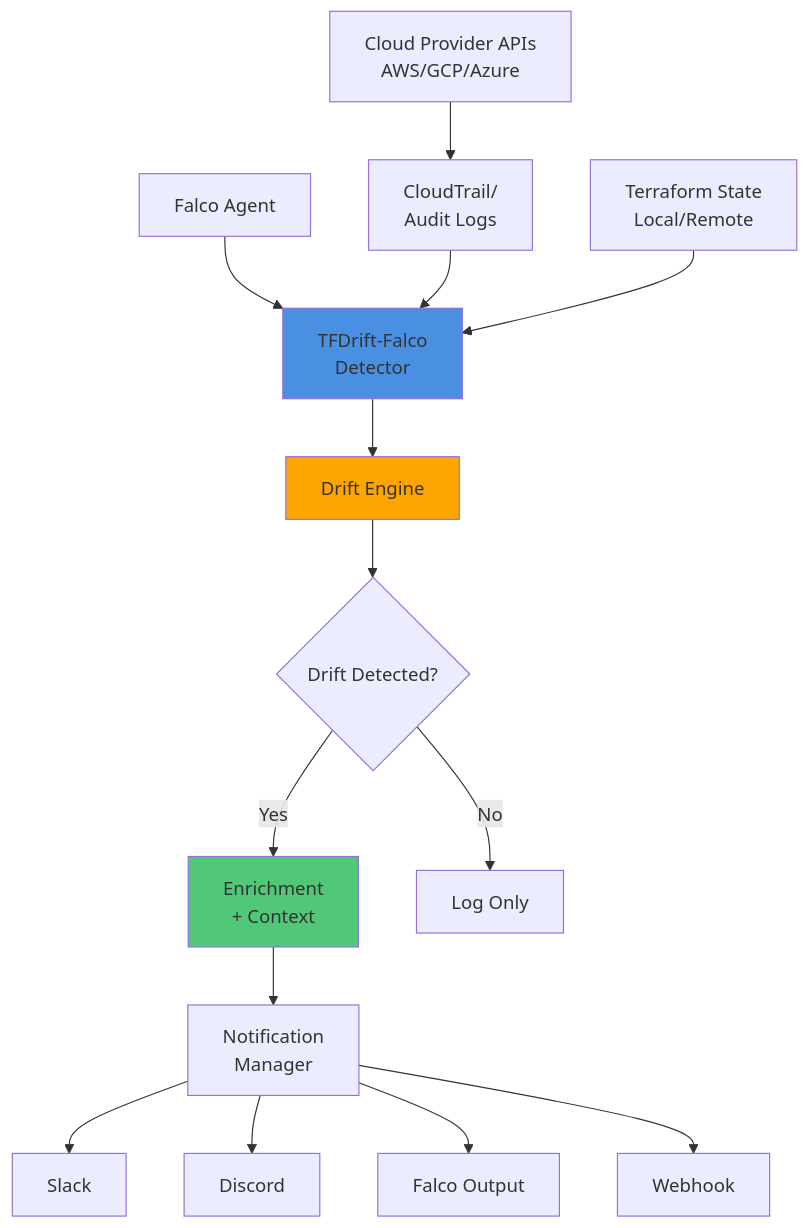
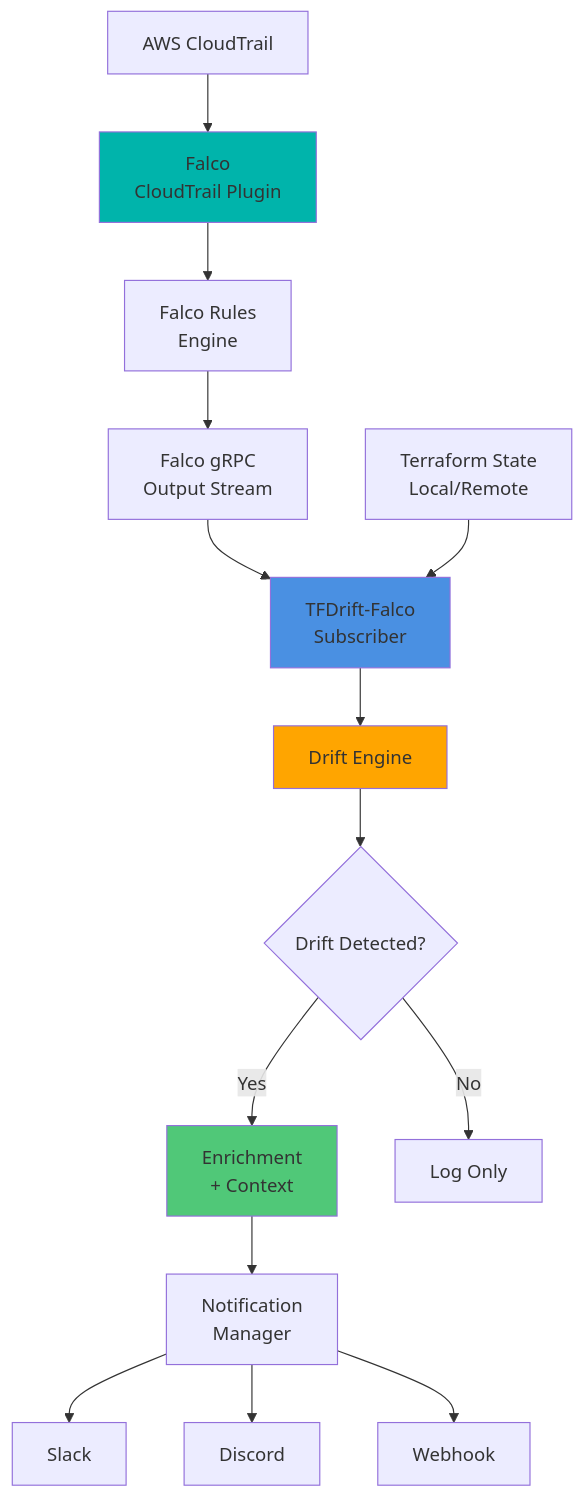
Before and after one commit to higakikeita/tfdrift-falco: the diagram in README.md, drawn with Mermaid. The commit also changed other lines of this file and 4 other files, not shown here.

First line of the commit message:
Remove CloudTrail direct polling, unify on Falco gRPC architecture

````diff
--- a/README.md
+++ b/README.md
@@ -49,23 +52,25 @@
 ```mermaid
 graph TB
-    A[Cloud Provider APIs<br/>AWS/GCP/Azure] --> B[CloudTrail/<br/>Audit Logs]
-    C[Falco Agent] --> D[TFDrift-Falco<br/>Detector]
-    B --> D
-    E[Terraform State<br/>Local/Remote] --> D
+    A[AWS CloudTrail] --> B[Falco<br/>CloudTrail Plugin]
+    B --> C[Falco Rules<br/>Engine]
+    C --> D[Falco gRPC<br/>Output Stream]
+    D --> E[TFDrift-Falco<br/>Subscriber]
 
-    D --> F[Drift Engine]
-    F --> G{Drift Detected?}
+    F[Terraform State<br/>Local/Remote] --> E
 
-    G -->|Yes| H[Enrichment<br/>+ Context]
-    G -->|No| I[Log Only]
+    E --> G[Drift Engine]
+    G --> H{Drift Detected?}
 
-    H --> J[Notification<br/>Manager]
-    J --> K[Slack]
-    J --> L[Discord]
-    J --> M[Falco Output]
-    J --> N[Webhook]
+    H -->|Yes| I[Enrichment<br/>+ Context]
+    H -->|No| J[Log Only]
 
-    style D fill:#4A90E2
-    style F fill:#FFA500
-    style H fill:#50C878
+    I --> K[Notification<br/>Manager]
+    K --> L[Slack]
+    K --> M[Discord]
+    K --> N[Webhook]
+
+    style E fill:#4A90E2
+    style G fill:#FFA500
+    style I fill:#50C878
+    style B fill:#00B4AB
 ```
````
